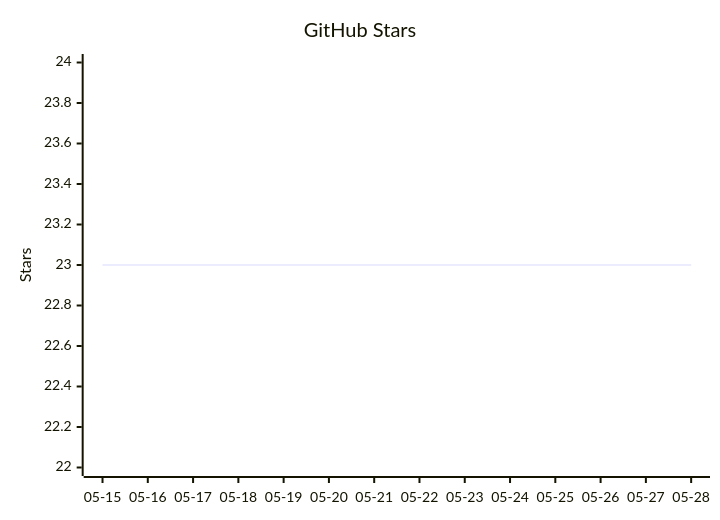
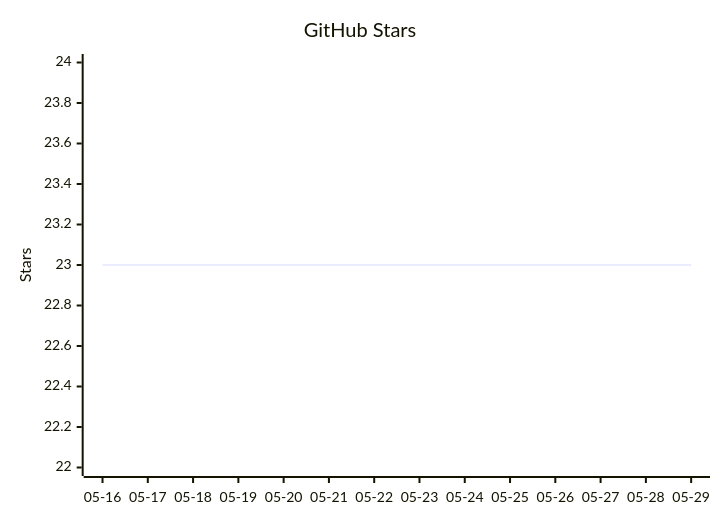
Before and after one commit to vectie/moonclaw: the diagram in README.mbt.md, drawn with Mermaid. The commit also changed other lines of this file and 1 other file, not shown here.

Commit message:
Update README star growth

````diff
--- a/README.mbt.md
+++ b/README.mbt.md
@@ -490,7 +490,7 @@
 ```mermaid
 xychart-beta
     title "GitHub Stars"
-    x-axis ["05-15","05-16","05-17","05-18","05-19","05-20","05-21","05-22","05-23","05-24","05-25","05-26","05-27","05-28"]
+    x-axis ["05-16","05-17","05-18","05-19","05-20","05-21","05-22","05-23","05-24","05-25","05-26","05-27","05-28","05-29"]
     y-axis "Stars" 22 --> 24
     line [23,23,23,23,23,23,23,23,23,23,23,23,23,23]
 ```
````
